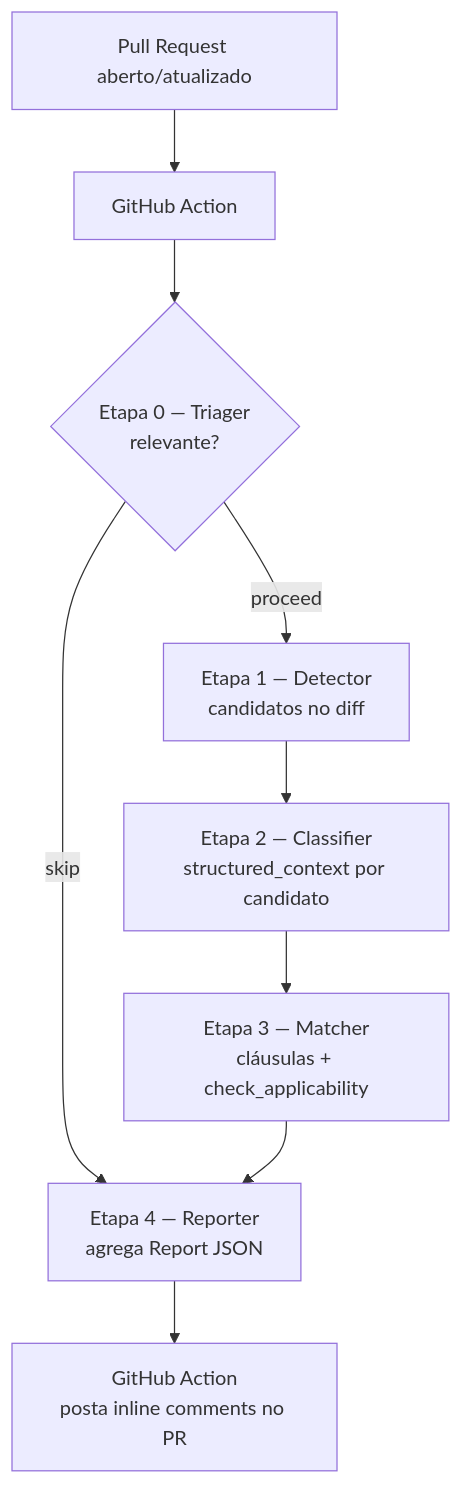
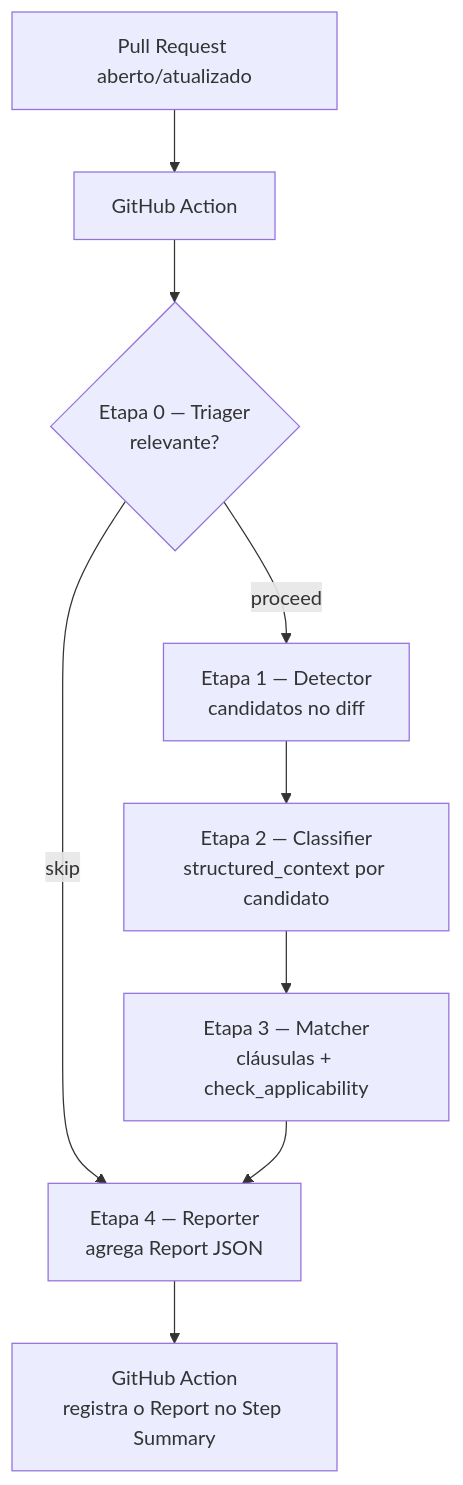
The second of 2 diagrams in docs/architecture-overview.md (paivapereira/lgpd-policy-review), drawn with Mermaid before and after one commit. The commit also changed other lines of this file and 5 other files, not shown here.

````diff
--- a/docs/architecture-overview.md
+++ b/docs/architecture-overview.md
@@ -62,11 +62,11 @@
 ```mermaid
 flowchart TB
     PR[Pull Request aberto/atualizado] --> GA[GitHub Action]
     GA --> T{Etapa 0 — Triager<br/>relevante?}
     T -->|skip| R[Reporter]
     T -->|proceed| D[Etapa 1 — Detector<br/>candidatos no diff]
     D --> C[Etapa 2 — Classifier<br/>structured_context por candidato]
     C --> M[Etapa 3 — Matcher<br/>cláusulas + check_applicability]
     M --> R[Etapa 4 — Reporter<br/>agrega Report JSON]
-    R --> GA2[GitHub Action<br/>posta inline comments no PR]
+    R --> GA2[GitHub Action<br/>registra o Report no Step Summary]
 ```
````
